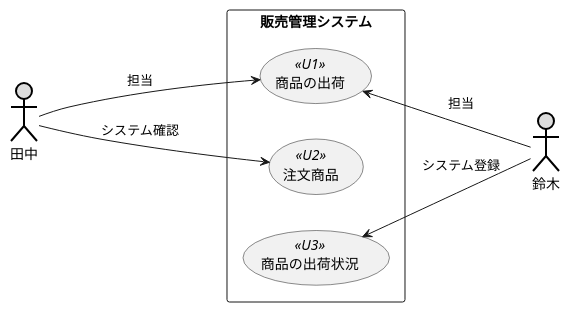
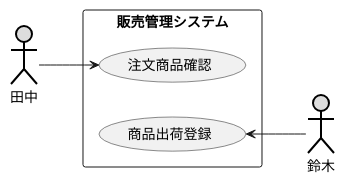
The diagram in 演習2-5_盛岡商事_販売管理システム.pu (github-use-a/uml-introduction), drawn with PlantUML before and after one commit. The commit also changed 1 other file, not shown here.

```diff
--- a/演習2-5_盛岡商事_販売管理システム.pu
+++ b/演習2-5_盛岡商事_販売管理システム.pu
@@ -1,14 +1,11 @@
 @startuml ユースケース図
 left to right direction
 actor 田中#DDDDDD;line:black;line.bold;
 actor 鈴木#DDDDDD;line:black;line.bold;
 rectangle 販売管理システム {
-usecase 商品の出荷 << U1 >>
-usecase 注文商品 << U2 >>
-usecase 商品の出荷状況 << U3 >>
+usecase 注文商品確認 
+usecase 商品出荷登録 
 }
-田中--> 商品の出荷 : 担当
-田中---> 注文商品 : システム確認
-商品の出荷 <--鈴木  : 担当
-商品の出荷状況 <--鈴木 : システム登録
+田中--> 注文商品確認 
+商品出荷登録 <-- 鈴木
 @enduml
```
